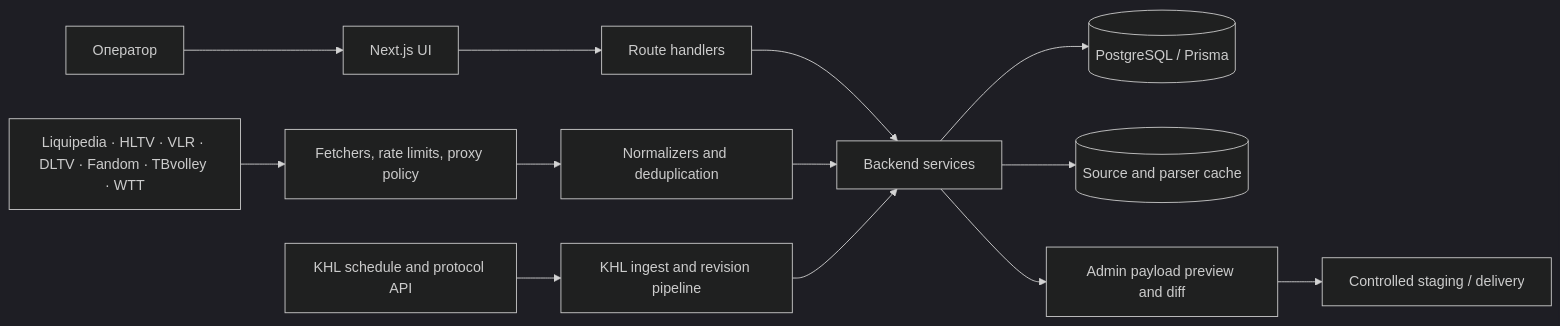
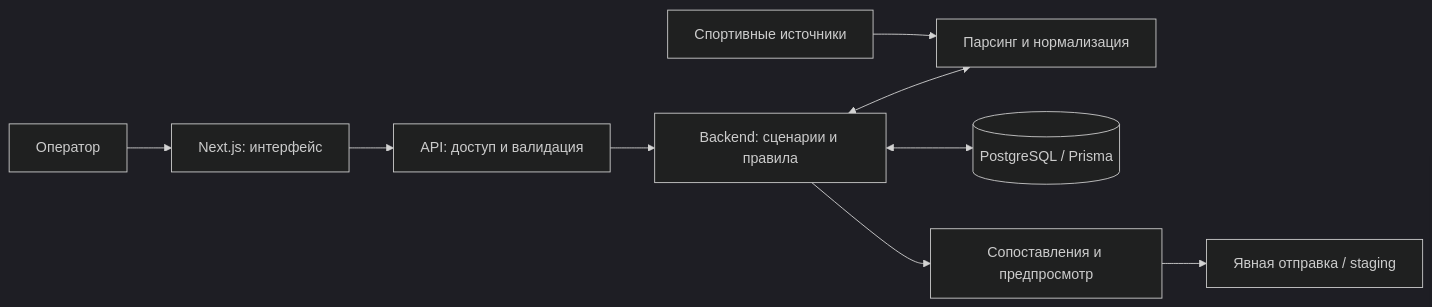
One commit to inftverezovsky/TData changed the diagram in README.md. Above: the diagram before and after it, drawn with Mermaid (dark theme). The commit also changed other lines of this file and 313 other files, not shown here.

````diff
--- a/README.md
+++ b/README.md
@@ -71,19 +37,11 @@
 ```mermaid
 flowchart LR
-    Operator[Оператор] --> UI[Next.js UI]
-    UI --> API[Route handlers]
-    API --> Domain[Backend services]
-
-    Sources[Liquipedia · HLTV · VLR · DLTV · Fandom · TBvolley · WTT]
-    Sources --> Fetch[Fetchers, rate limits, proxy policy]
-    Fetch --> Normalize[Normalizers and deduplication]
-    Normalize --> Domain
-
-    KHL[KHL schedule and protocol API] --> KhlPipeline[KHL ingest and revision pipeline]
-    KhlPipeline --> Domain
-
-    Domain --> DB[(PostgreSQL / Prisma)]
-    Domain --> Cache[(Source and parser cache)]
-    Domain --> Preview[Admin payload preview and diff]
-    Preview --> Delivery[Controlled staging / delivery]
+    Operator[Оператор] --> UI[Next.js: интерфейс]
+    UI --> API[API: доступ и валидация]
+    API --> Services[Backend: сценарии и правила]
+    Sources[Спортивные источники] --> Normalize[Парсинг и нормализация]
+    Services <--> Normalize
+    Services <--> DB[(PostgreSQL / Prisma)]
+    Services --> Preview[Сопоставления и предпросмотр]
+    Preview --> Export[Явная отправка / staging]
 ```
````
